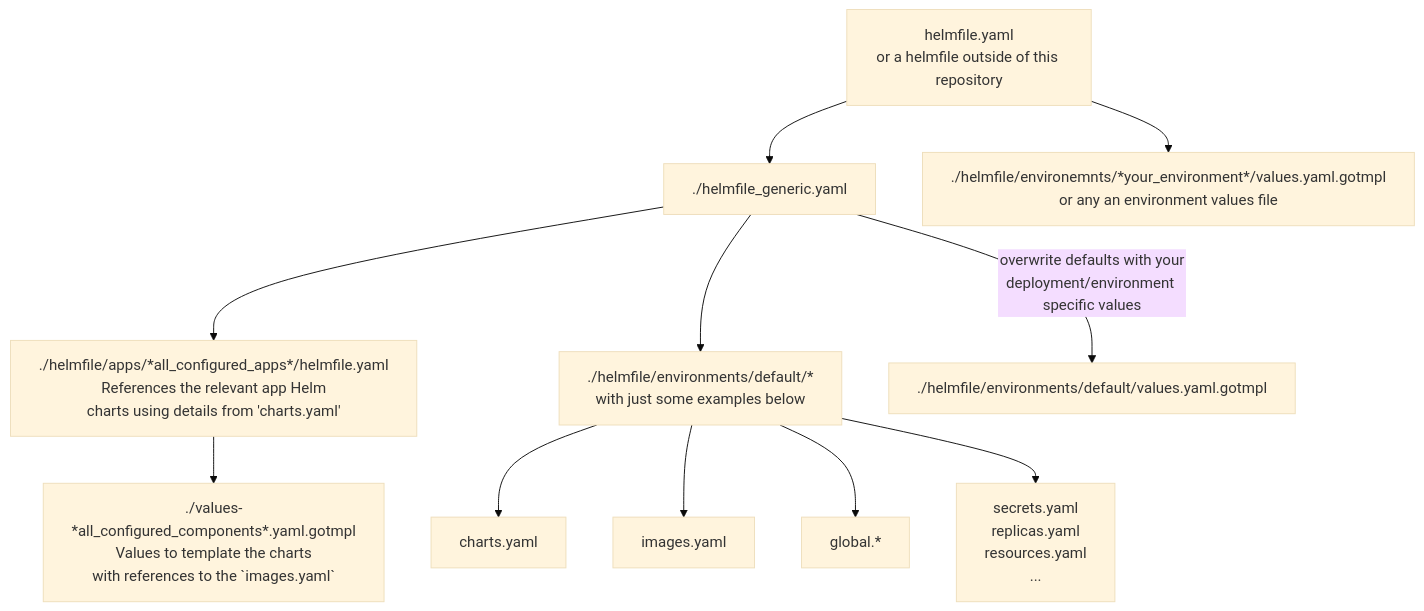
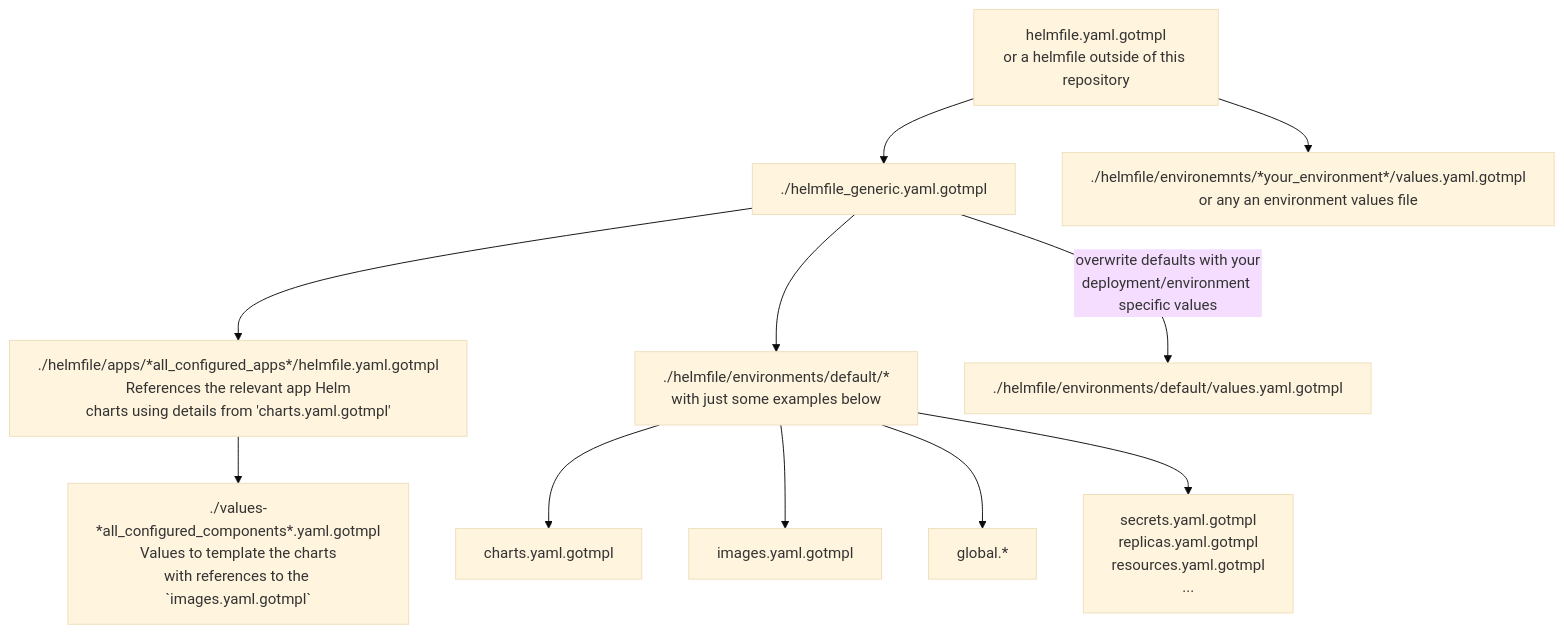
Before and after one commit to tobias-weiss-ai-xr/opendesk-edu: the diagram in docs/development.md, drawn with Mermaid (base theme). The commit also changed other lines of this file and 44 other files, not shown here.

Commit message:
fix(helmfile): Streamline file extensions in `/helmfile/environments/default` to `*.yaml.gotmpl`., please read migrations.md for more details

````diff
--- a/docs/development.md
+++ b/docs/development.md
@@ -30,13 +30,13 @@
 ```mermaid
 flowchart TD
- J[helmfile.yaml\nor a helmfile outside of this repository]-->A
+ J[helmfile.yaml.gotmpl\nor a helmfile outside of this repository]-->A
  J-->K[./helmfile/environemnts/*your_environment*/values.yaml.gotmpl\nor any an environment values file]
- A[./helmfile_generic.yaml]-->B[./helmfile/apps/*all_configured_apps*/helmfile.yaml\nReferences the relevant app Helm\ncharts using details from 'charts.yaml']
- B-->C[./values-*all_configured_components*.yaml.gotmpl\nValues to template the charts\nwith references to the `images.yaml`]
+ A[./helmfile_generic.yaml.gotmpl]-->B[./helmfile/apps/*all_configured_apps*/helmfile.yaml.gotmpl\nReferences the relevant app Helm\ncharts using details from 'charts.yaml.gotmpl']
+ B-->C[./values-*all_configured_components*.yaml.gotmpl\nValues to template the charts\nwith references to the `images.yaml.gotmpl`]
  A-->D[./helmfile/environments/default/*\nwith just some examples below]
- D-->F[charts.yaml]
- D-->G[images.yaml]
+ D-->F[charts.yaml.gotmpl]
+ D-->G[images.yaml.gotmpl]
  D-->H[global.*]
- D-->I[secrets.yaml\nreplicas.yaml\nresources.yaml\n...]
+ D-->I[secrets.yaml.gotmpl\nreplicas.yaml.gotmpl\nresources.yaml.gotmpl\n...]
  A-->|overwrite defaults with your\ndeployment/environment specific values|E[./helmfile/environments/default/values.yaml.gotmpl]
 ```
````
